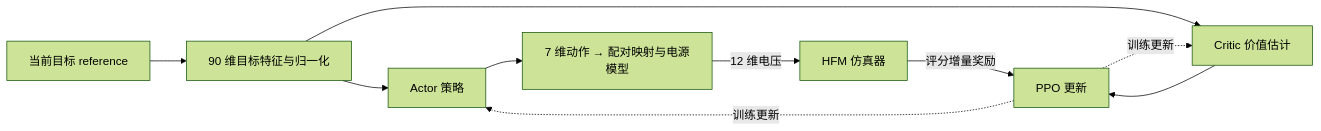
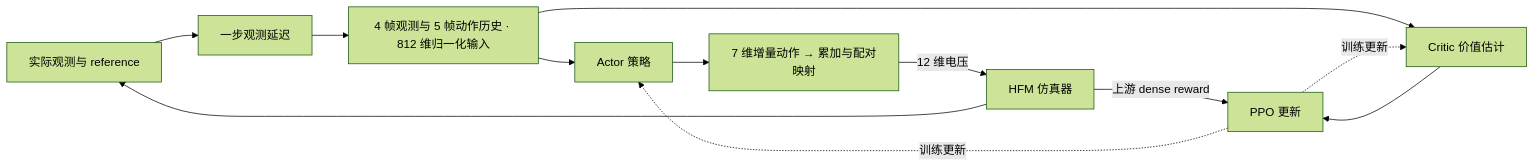
One commit to OYzhongyan/plasma-control-private changed the diagram in README.md. Above: the diagram before and after it, drawn with Mermaid (forest theme). The commit also changed other lines of this file and 27 other files, not shown here.

````diff
--- a/README.md
+++ b/README.md
@@ -142,12 +142,14 @@
 ```mermaid
 flowchart LR
-    R[当前目标 reference] --> O[90 维目标特征与归一化]
+    R[实际观测与 reference] --> D[一步观测延迟]
+    D --> O[4 帧观测与 5 帧动作历史 · 812 维归一化输入]
     O --> A[Actor 策略]
-    A --> U[7 维动作 → 配对映射与电源模型]
+    A --> U[7 维增量动作 → 累加与配对映射]
     U -->|12 维电压| E[HFM 仿真器]
     O --> C[Critic 价值估计]
-    E -->|评分增量奖励| P[PPO 更新]
+    E -->|上游 dense reward| P[PPO 更新]
+    E --> R
     C --> P
     P -.训练更新.-> A
     P -.训练更新.-> C
 ```
````
